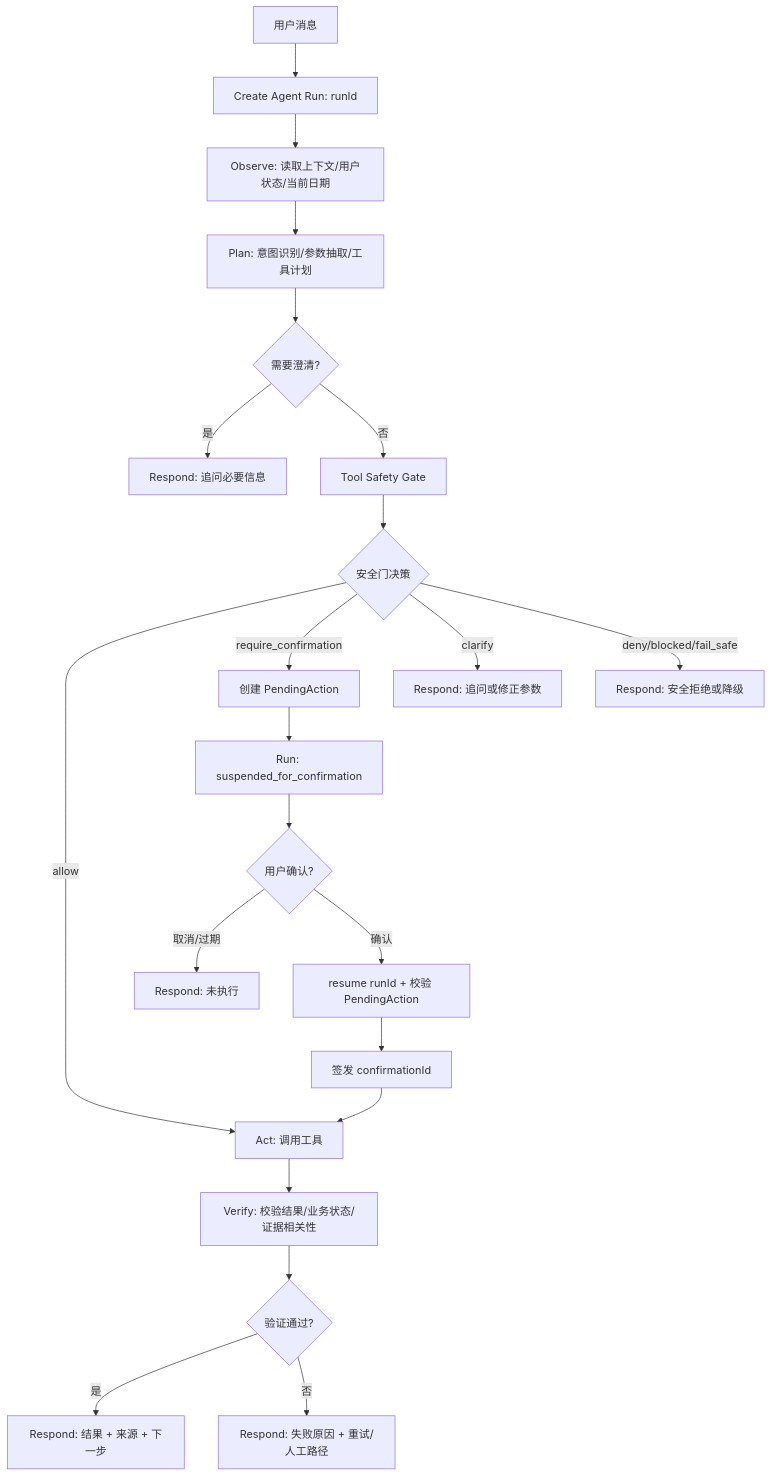
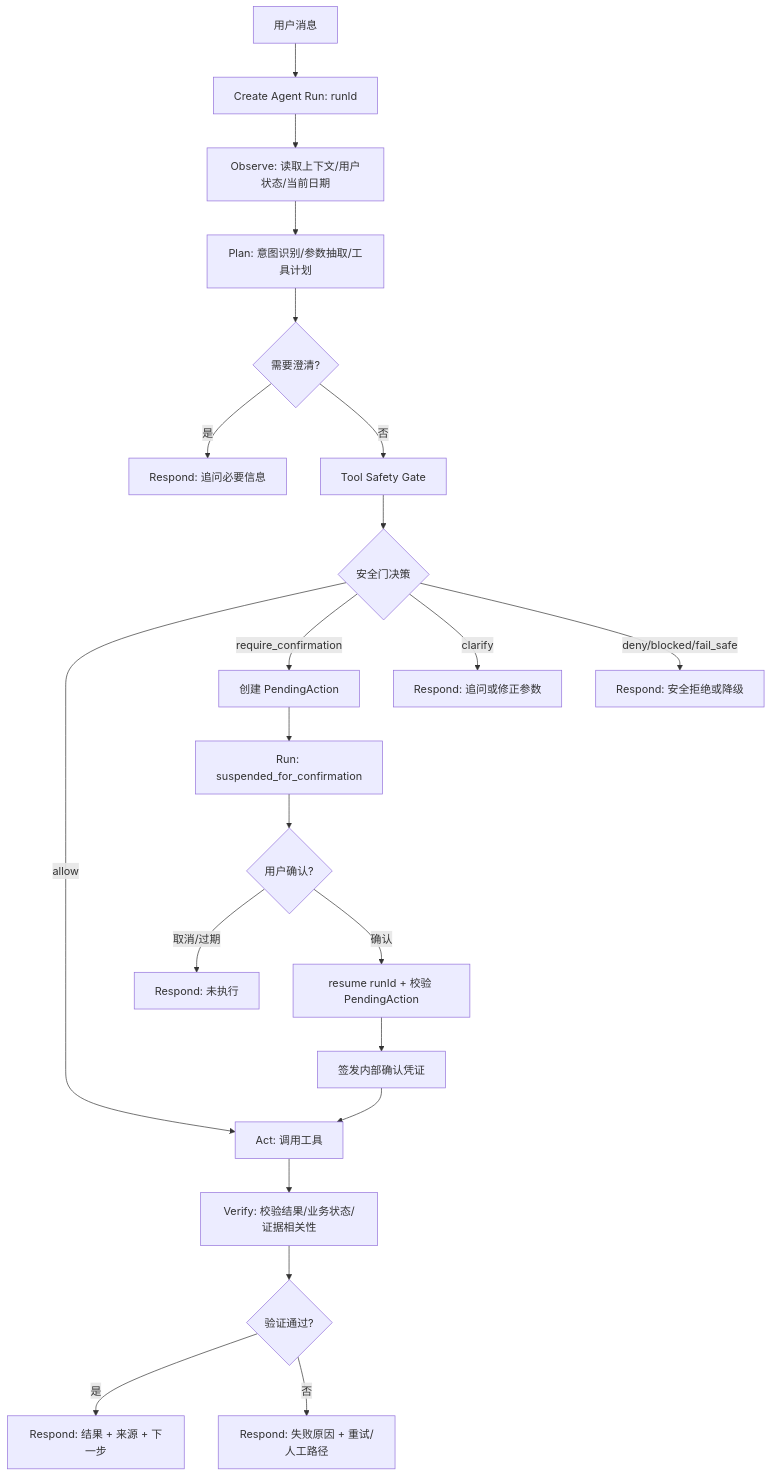
The diagram in docs/AI_Agent设计文档.md (sotice/campus--agent), drawn with Mermaid before and after one commit. The commit also changed other lines of this file and 7 other files, not shown here.

````diff
--- a/docs/AI_Agent设计文档.md
+++ b/docs/AI_Agent设计文档.md
@@ -54,24 +54,24 @@
 ```mermaid
 flowchart TD
     A[用户消息] --> A1[Create Agent Run: runId]
     A1 --> B[Observe: 读取上下文/用户状态/当前日期]
     B --> C[Plan: 意图识别/参数抽取/工具计划]
     C --> D{需要澄清?}
     D -- 是 --> R1[Respond: 追问必要信息]
     D -- 否 --> E[Tool Safety Gate]
     E --> F{安全门决策}
     F -- allow --> G[Act: 调用工具]
     F -- require_confirmation --> H[创建 PendingAction]
     F -- clarify --> R2[Respond: 追问或修正参数]
     F -- deny/blocked/fail_safe --> R3[Respond: 安全拒绝或降级]
     H --> H1[Run: suspended_for_confirmation]
     H1 --> I{用户确认?}
     I -- 取消/过期 --> R4[Respond: 未执行]
     I -- 确认 --> J[resume runId + 校验 PendingAction]
-    J --> J1[签发 confirmationId]
+    J --> J1[签发内部确认凭证]
     J1 --> G
     G --> K[Verify: 校验结果/业务状态/证据相关性]
     K --> L{验证通过?}
     L -- 是 --> M[Respond: 结果 + 来源 + 下一步]
     L -- 否 --> N[Respond: 失败原因 + 重试/人工路径]
 ```
````
